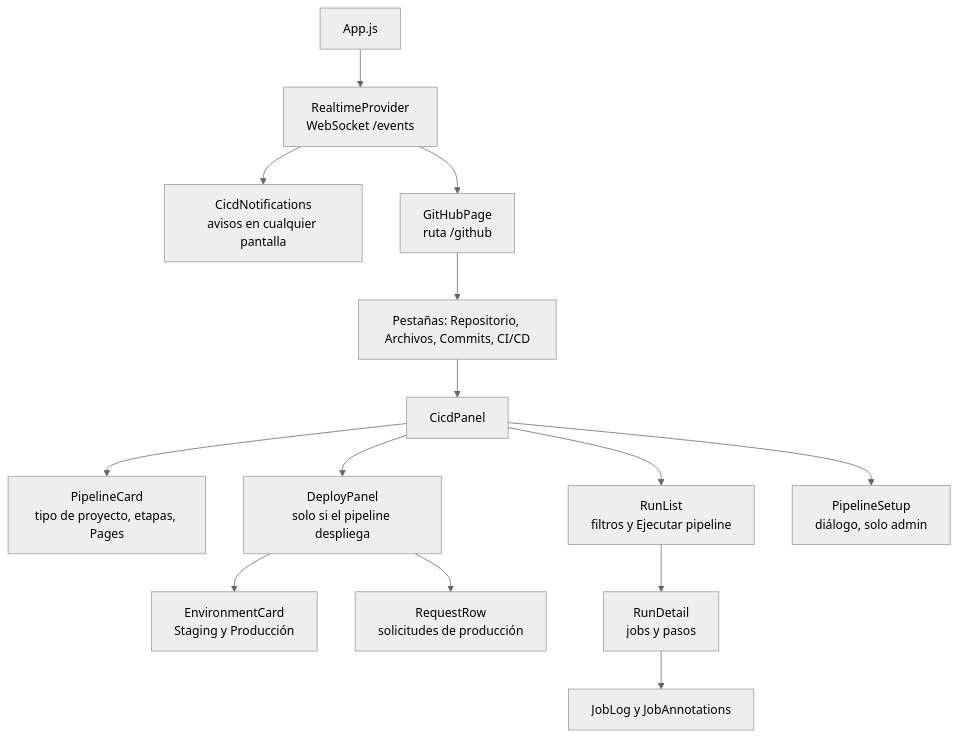
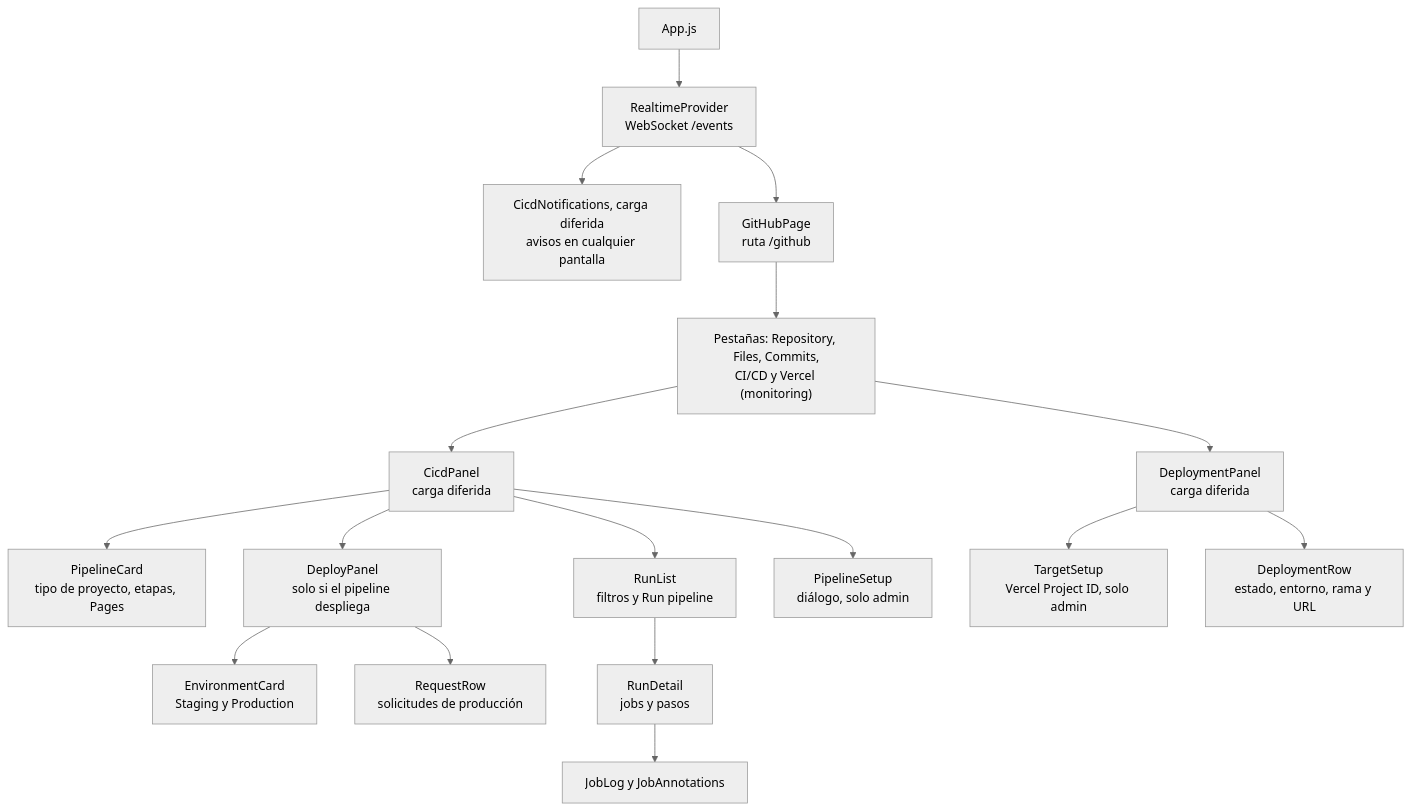
One commit to PabloP150/proyecto-is-cc6 changed the diagram in documentacion/05-interfaz/08-cicd.md. Above: the diagram before and after it, drawn with Mermaid (neutral theme). The commit also changed other lines of this file and 204 other files, not shown here.

First line of the commit message:
docs: update all documentation, diagrams and PNGs to the test/e2e state

````diff
--- a/documentacion/05-interfaz/08-cicd.md
+++ b/documentacion/05-interfaz/08-cicd.md
@@ -43,16 +54,19 @@
 ```mermaid
 flowchart TD
     APP["App.js"] --> RP["RealtimeProvider<br/>WebSocket /events"]
-    RP --> CN["CicdNotifications<br/>avisos en cualquier pantalla"]
+    RP --> CN["CicdNotifications, carga diferida<br/>avisos en cualquier pantalla"]
     RP --> GHP["GitHubPage<br/>ruta /github"]
-    GHP --> TABS["Pestañas: Repositorio, Archivos, Commits, CI/CD"]
-    TABS --> CP["CicdPanel"]
+    GHP --> TABS["Pestañas: Repository, Files, Commits,<br/>CI/CD y Vercel (monitoring)"]
+    TABS --> CP["CicdPanel<br/>carga diferida"]
+    TABS --> VP["DeploymentPanel<br/>carga diferida"]
     CP --> PC["PipelineCard<br/>tipo de proyecto, etapas, Pages"]
     CP --> DP["DeployPanel<br/>solo si el pipeline despliega"]
-    CP --> RL["RunList<br/>filtros y Ejecutar pipeline"]
+    CP --> RL["RunList<br/>filtros y Run pipeline"]
     CP --> PS["PipelineSetup<br/>diálogo, solo admin"]
-    DP --> EC["EnvironmentCard<br/>Staging y Producción"]
+    DP --> EC["EnvironmentCard<br/>Staging y Production"]
     DP --> RR["RequestRow<br/>solicitudes de producción"]
     RL --> RD["RunDetail<br/>jobs y pasos"]
     RD --> JL["JobLog y JobAnnotations"]
+    VP --> TS["TargetSetup<br/>Vercel Project ID, solo admin"]
+    VP --> DR["DeploymentRow<br/>estado, entorno, rama y URL"]
 ```
````
